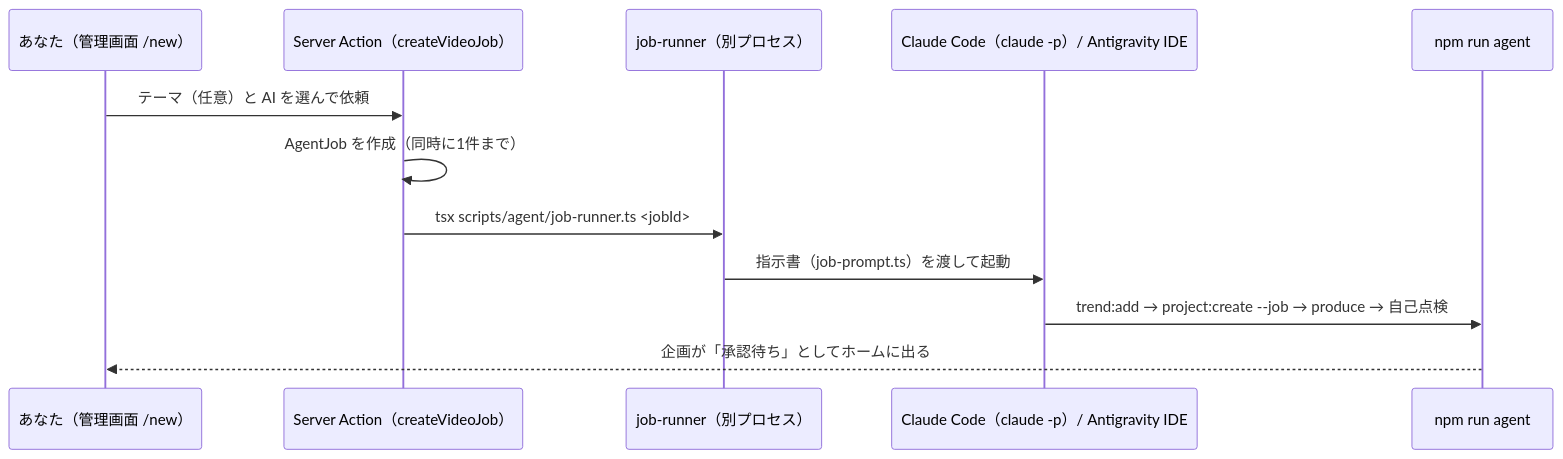
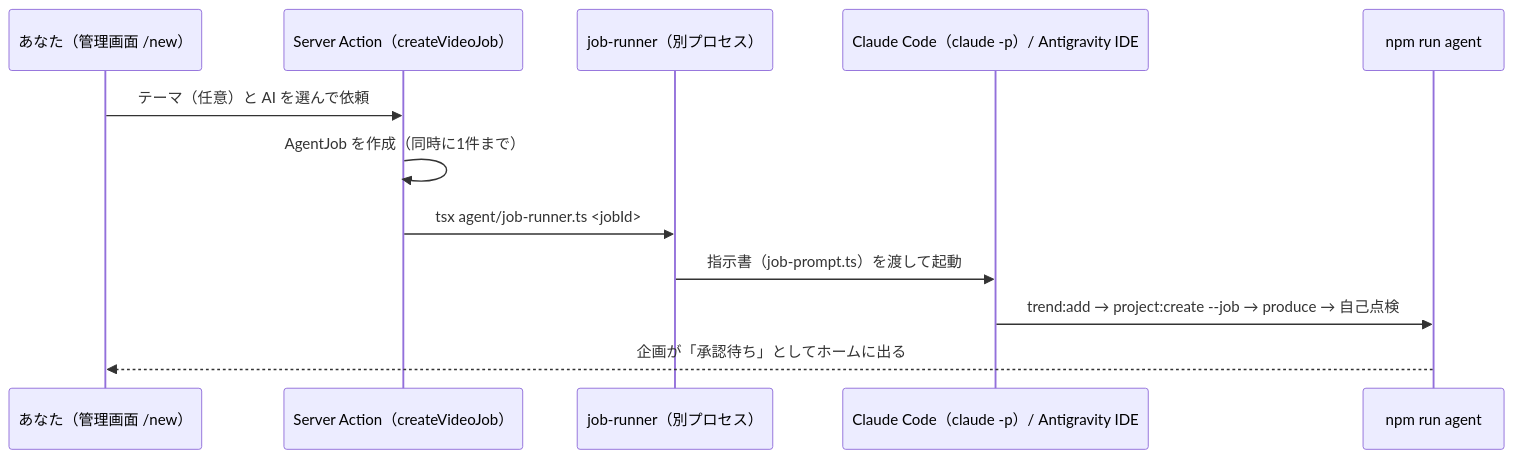
Before and after one commit to miiiwa1121/sns: the diagram in docs/requirements/dashboard-ui.md, drawn with Mermaid. The commit also changed other lines of this file and 54 other files, not shown here.

````diff
--- a/docs/requirements/dashboard-ui.md
+++ b/docs/requirements/dashboard-ui.md
@@ -112,14 +112,14 @@
 ```mermaid
 sequenceDiagram
     participant U as あなた（管理画面 /new）
     participant A as Server Action（createVideoJob）
     participant R as job-runner（別プロセス）
     participant C as Claude Code（claude -p）/ Antigravity IDE
     participant CLI as npm run agent
     U->>A: テーマ（任意）と AI を選んで依頼
     A->>A: AgentJob を作成（同時に1件まで）
-    A->>R: tsx scripts/agent/job-runner.ts <jobId>
+    A->>R: tsx agent/job-runner.ts <jobId>
     R->>C: 指示書（job-prompt.ts）を渡して起動
     C->>CLI: trend:add → project:create --job → produce → 自己点検
     CLI-->>U: 企画が「承認待ち」としてホームに出る
 ```
````
